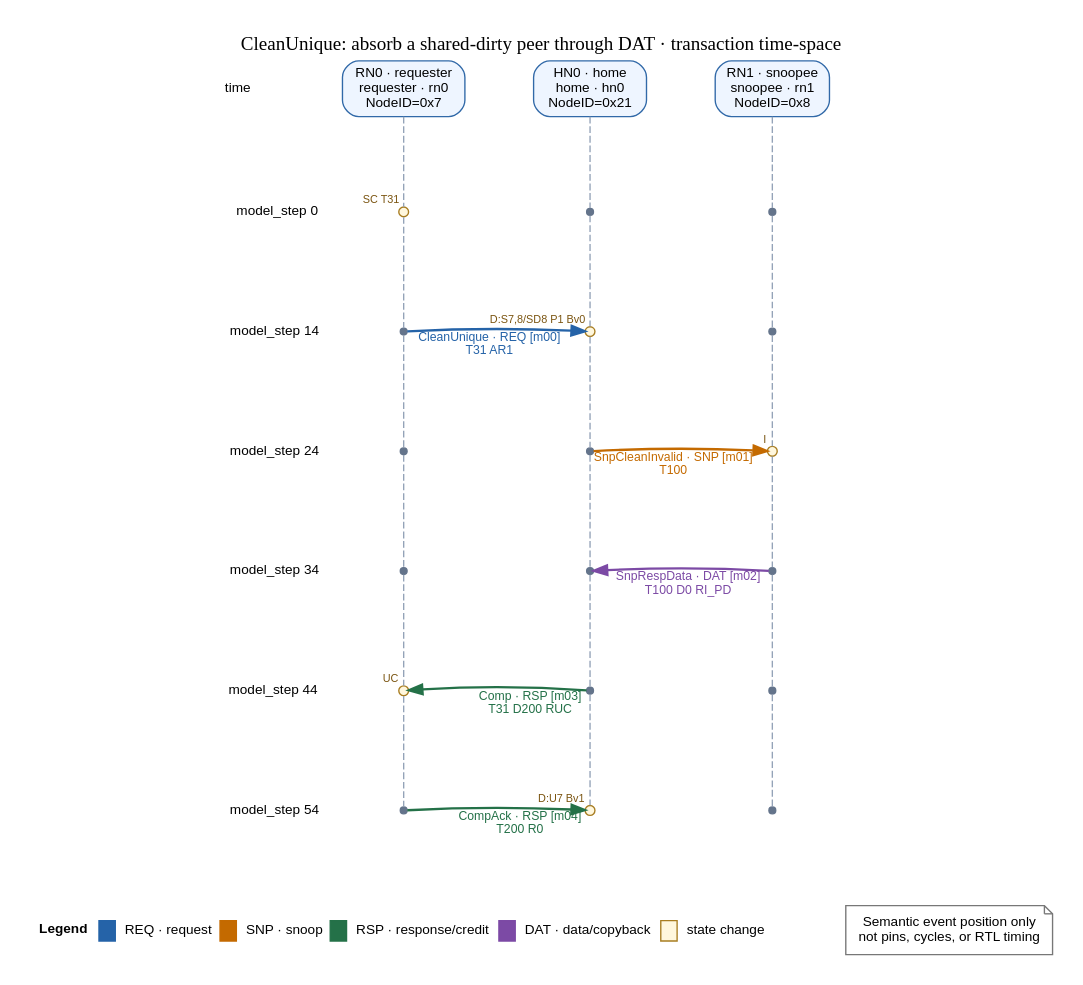
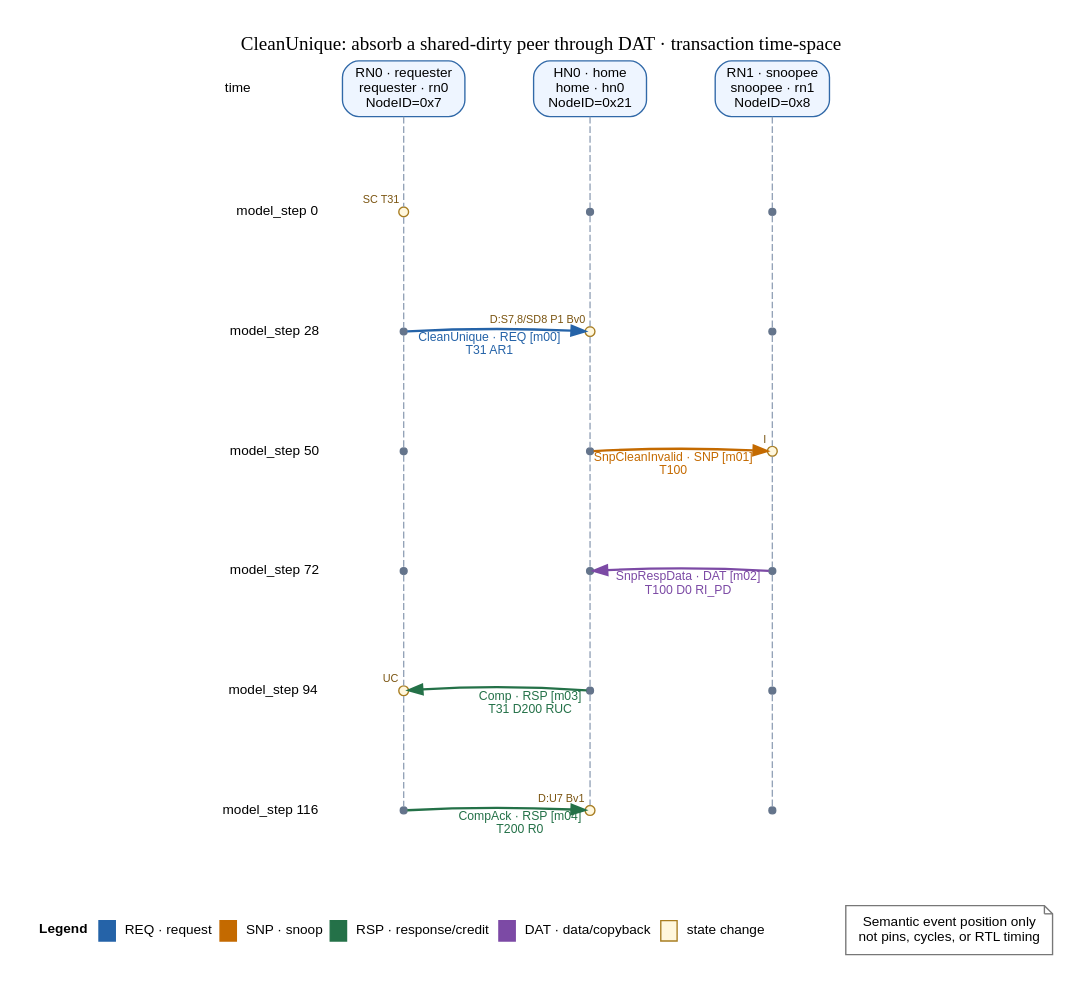
One commit to WhiteDeerPro/PROTOCOL_MODEL changed the diagram in showcase/generated/chi/issue-h-flow-gallery/sources/cases/dirty-peer-clean-unique/transaction-time-space.dot. Above: the diagram before and after it, drawn with Graphviz. The commit also changed 74 other files, not shown here.

Commit message:
Route CHI flow witnesses through explicit XP

```diff
--- a/showcase/generated/chi/issue-h-flow-gallery/sources/cases/dirty-peer-clean-unique/transaction-time-space.dot
+++ b/showcase/generated/chi/issue-h-flow-gallery/sources/cases/dirty-peer-clean-unique/transaction-time-space.dot
@@ -1,61 +1,61 @@
 digraph transaction_time_space {
   rankdir=TB;
   label="CleanUnique: absorb a shared-dirty peer through DAT · transaction time-space";
   labelloc="t";
   graph [bgcolor="white", nodesep=0.7, ranksep=0.72, splines=line, pad=0.2, newrank=true, forcelabels=true];
   node [fontname="sans-serif", fontsize=10];
   edge [fontname="sans-serif", fontsize=9];
   time_header [shape=plaintext, group="time", label="time"];
   lifeline_0 [shape=box, style="rounded,filled", group="lifeline_0", fillcolor="#eef5ff", color="#3169a8", label="RN0 · requester\nrequester · rn0\nNodeID=0x7"];
   lifeline_1 [shape=box, style="rounded,filled", group="lifeline_1", fillcolor="#eef5ff", color="#3169a8", label="HN0 · home\nhome · hn0\nNodeID=0x21"];
   lifeline_2 [shape=box, style="rounded,filled", group="lifeline_2", fillcolor="#eef5ff", color="#3169a8", label="RN1 · snoopee\nsnoopee · rn1\nNodeID=0x8"];
   { rank=same; time_header; lifeline_0; lifeline_1; lifeline_2; }
   time_0 [shape=plaintext, group="time", label="model_step 0"];
   point_0_0 [shape=point, width=0.10, height=0.10, group="lifeline_0", fixedsize=true, color="#a87d21", fillcolor="#fff7dd", style=filled, fontname="sans-serif", fontcolor="#7a5410", fontsize=8, label="", xlabel="SC T31", tooltip="dirty-peer-clean-unique:state:000:rn0: rn0: SC → SC T31"];
   point_1_0 [shape=point, width=0.07, height=0.07, group="lifeline_1", fixedsize=true, color="#64748b", label=""];
   point_2_0 [shape=point, width=0.07, height=0.07, group="lifeline_2", fixedsize=true, color="#64748b", label=""];
   { rank=same; time_0; point_0_0; point_1_0; point_2_0; }
   time_0 -> point_0_0 -> point_1_0 -> point_2_0 [style=invis, weight=100];
-  time_1 [shape=plaintext, group="time", label="model_step 14"];
+  time_1 [shape=plaintext, group="time", label="model_step 28"];
   point_0_1 [shape=point, width=0.07, height=0.07, group="lifeline_0", fixedsize=true, color="#64748b", label=""];
-  point_1_1 [shape=point, width=0.10, height=0.10, group="lifeline_1", fixedsize=true, color="#a87d21", fillcolor="#fff7dd", style=filled, fontname="sans-serif", fontcolor="#7a5410", fontsize=8, label="", xlabel="D:S7,8/SD8 P1 Bv0", tooltip="dirty-peer-clean-unique:state:014:hn0: hn0: D:S7,8/SD8 Bv0 → D:S7,8/SD8 P1 Bv0"];
+  point_1_1 [shape=point, width=0.10, height=0.10, group="lifeline_1", fixedsize=true, color="#a87d21", fillcolor="#fff7dd", style=filled, fontname="sans-serif", fontcolor="#7a5410", fontsize=8, label="", xlabel="D:S7,8/SD8 P1 Bv0", tooltip="dirty-peer-clean-unique:state:028:hn0: hn0: D:S7,8/SD8 Bv0 → D:S7,8/SD8 P1 Bv0"];
   point_2_1 [shape=point, width=0.07, height=0.07, group="lifeline_2", fixedsize=true, color="#64748b", label=""];
   { rank=same; time_1; point_0_1; point_1_1; point_2_1; }
   time_1 -> point_0_1 -> point_1_1 -> point_2_1 [style=invis, weight=100];
-  time_2 [shape=plaintext, group="time", label="model_step 24"];
+  time_2 [shape=plaintext, group="time", label="model_step 50"];
   point_0_2 [shape=point, width=0.07, height=0.07, group="lifeline_0", fixedsize=true, color="#64748b", label=""];
   point_1_2 [shape=point, width=0.07, height=0.07, group="lifeline_1", fixedsize=true, color="#64748b", label=""];
-  point_2_2 [shape=point, width=0.10, height=0.10, group="lifeline_2", fixedsize=true, color="#a87d21", fillcolor="#fff7dd", style=filled, fontname="sans-serif", fontcolor="#7a5410", fontsize=8, label="", xlabel="I", tooltip="dirty-peer-clean-unique:state:024:rn1: rn1: SD → I"];
+  point_2_2 [shape=point, width=0.10, height=0.10, group="lifeline_2", fixedsize=true, color="#a87d21", fillcolor="#fff7dd", style=filled, fontname="sans-serif", fontcolor="#7a5410", fontsize=8, label="", xlabel="I", tooltip="dirty-peer-clean-unique:state:050:rn1: rn1: SD → I"];
   { rank=same; time_2; point_0_2; point_1_2; point_2_2; }
   time_2 -> point_0_2 -> point_1_2 -> point_2_2 [style=invis, weight=100];
-  time_3 [shape=plaintext, group="time", label="model_step 34"];
+  time_3 [shape=plaintext, group="time", label="model_step 72"];
   point_0_3 [shape=point, width=0.07, height=0.07, group="lifeline_0", fixedsize=true, color="#64748b", label=""];
   point_1_3 [shape=point, width=0.07, height=0.07, group="lifeline_1", fixedsize=true, color="#64748b", label=""];
   point_2_3 [shape=point, width=0.07, height=0.07, group="lifeline_2", fixedsize=true, color="#64748b", label=""];
   { rank=same; time_3; point_0_3; point_1_3; point_2_3; }
   time_3 -> point_0_3 -> point_1_3 -> point_2_3 [style=invis, weight=100];
-  time_4 [shape=plaintext, group="time", label="model_step 44"];
-  point_0_4 [shape=point, width=0.10, height=0.10, group="lifeline_0", fixedsize=true, color="#a87d21", fillcolor="#fff7dd", style=filled, fontname="sans-serif", fontcolor="#7a5410", fontsize=8, label="", xlabel="UC", tooltip="dirty-peer-clean-unique:state:044:rn0: rn0: SC T31 → UC"];
+  time_4 [shape=plaintext, group="time", label="model_step 94"];
+  point_0_4 [shape=point, width=0.10, height=0.10, group="lifeline_0", fixedsize=true, color="#a87d21", fillcolor="#fff7dd", style=filled, fontname="sans-serif", fontcolor="#7a5410", fontsize=8, label="", xlabel="UC", tooltip="dirty-peer-clean-unique:state:094:rn0: rn0: SC T31 → UC"];
   point_1_4 [shape=point, width=0.07, height=0.07, group="lifeline_1", fixedsize=true, color="#64748b", label=""];
   point_2_4 [shape=point, width=0.07, height=0.07, group="lifeline_2", fixedsize=true, color="#64748b", label=""];
   { rank=same; time_4; point_0_4; point_1_4; point_2_4; }
   time_4 -> point_0_4 -> point_1_4 -> point_2_4 [style=invis, weight=100];
-  time_5 [shape=plaintext, group="time", label="model_step 54"];
+  time_5 [shape=plaintext, group="time", label="model_step 116"];
   point_0_5 [shape=point, width=0.07, height=0.07, group="lifeline_0", fixedsize=true, color="#64748b", label=""];
-  point_1_5 [shape=point, width=0.10, height=0.10, group="lifeline_1", fixedsize=true, color="#a87d21", fillcolor="#fff7dd", style=filled, fontname="sans-serif", fontcolor="#7a5410", fontsize=8, label="", xlabel="D:U7 Bv1", tooltip="dirty-peer-clean-unique:state:054:hn0: hn0: D:S7,8/SD8 P1 Bv0 → D:U7 Bv1"];
+  point_1_5 [shape=point, width=0.10, height=0.10, group="lifeline_1", fixedsize=true, color="#a87d21", fillcolor="#fff7dd", style=filled, fontname="sans-serif", fontcolor="#7a5410", fontsize=8, label="", xlabel="D:U7 Bv1", tooltip="dirty-peer-clean-unique:state:116:hn0: hn0: D:S7,8/SD8 P1 Bv0 → D:U7 Bv1"];
   point_2_5 [shape=point, width=0.07, height=0.07, group="lifeline_2", fixedsize=true, color="#64748b", label=""];
   { rank=same; time_5; point_0_5; point_1_5; point_2_5; }
   time_5 -> point_0_5 -> point_1_5 -> point_2_5 [style=invis, weight=100];
   lifeline_0 -> point_0_0 -> point_0_1 -> point_0_2 -> point_0_3 -> point_0_4 -> point_0_5 [arrowhead=none, style=dashed, color="#94a3b8", weight=20];
   lifeline_1 -> point_1_0 -> point_1_1 -> point_1_2 -> point_1_3 -> point_1_4 -> point_1_5 [arrowhead=none, style=dashed, color="#94a3b8", weight=20];
   lifeline_2 -> point_2_0 -> point_2_1 -> point_2_2 -> point_2_3 -> point_2_4 -> point_2_5 [arrowhead=none, style=dashed, color="#94a3b8", weight=20];
   point_0_1 -> point_1_1 [constraint=false, color="#2563a8", fontcolor="#2563a8", penwidth=1.7, xlabel="CleanUnique · REQ [m00]\nT31 AR1"];
   point_1_2 -> point_2_2 [constraint=false, color="#c46a00", fontcolor="#c46a00", penwidth=1.7, xlabel="SnpCleanInvalid · SNP [m01]\nT100"];
   point_2_3 -> point_1_3 [constraint=false, color="#7c4aa5", fontcolor="#7c4aa5", penwidth=1.7, xlabel="SnpRespData · DAT [m02]\nT100 D0 RI_PD"];
   point_1_4 -> point_0_4 [constraint=false, color="#247148", fontcolor="#247148", penwidth=1.7, xlabel="Comp · RSP [m03]\nT31 D200 RUC"];
   point_0_5 -> point_1_5 [constraint=false, color="#247148", fontcolor="#247148", penwidth=1.7, xlabel="CompAck · RSP [m04]\nT200 R0"];
   legend [shape=plain, label=<<TABLE BORDER="0" CELLBORDER="0" CELLSPACING="5" CELLPADDING="2"><TR><TD><B>Legend</B></TD><TD BORDER="1" COLOR="#2563a8" BGCOLOR="#2563a8" WIDTH="12"></TD><TD ALIGN="LEFT">REQ · request</TD><TD BORDER="1" COLOR="#c46a00" BGCOLOR="#c46a00" WIDTH="12"></TD><TD ALIGN="LEFT">SNP · snoop</TD><TD BORDER="1" COLOR="#247148" BGCOLOR="#247148" WIDTH="12"></TD><TD ALIGN="LEFT">RSP · response/credit</TD><TD BORDER="1" COLOR="#7c4aa5" BGCOLOR="#7c4aa5" WIDTH="12"></TD><TD ALIGN="LEFT">DAT · data/copyback</TD><TD BORDER="1" COLOR="#a87d21" BGCOLOR="#fff7dd" WIDTH="12"></TD><TD ALIGN="LEFT">state change</TD></TR></TABLE>>];
   boundary [shape=note, color="#777777", label="Semantic event position only\nnot pins, cycles, or RTL timing"];
   { rank=same; legend; boundary; }
   point_0_5 -> legend [style=invis, minlen=1];
 }
```
